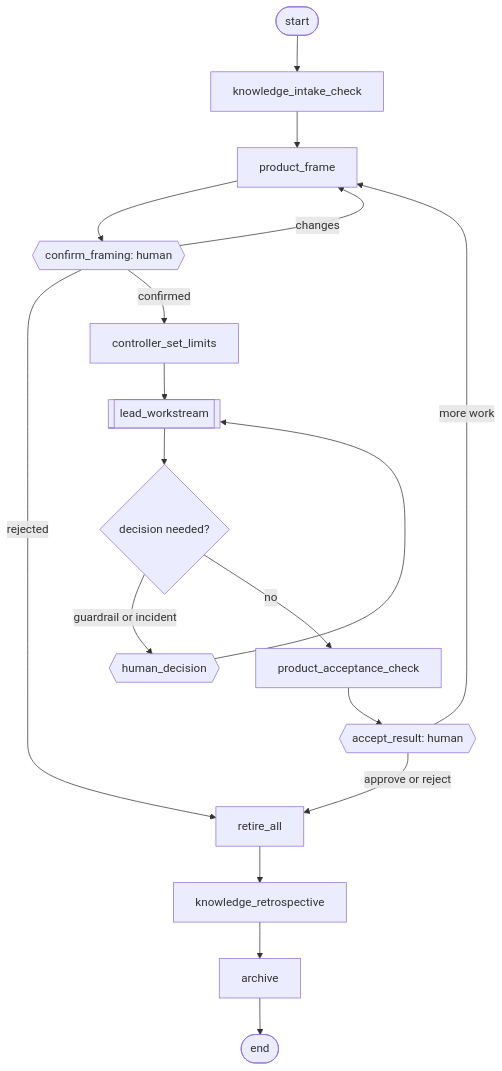
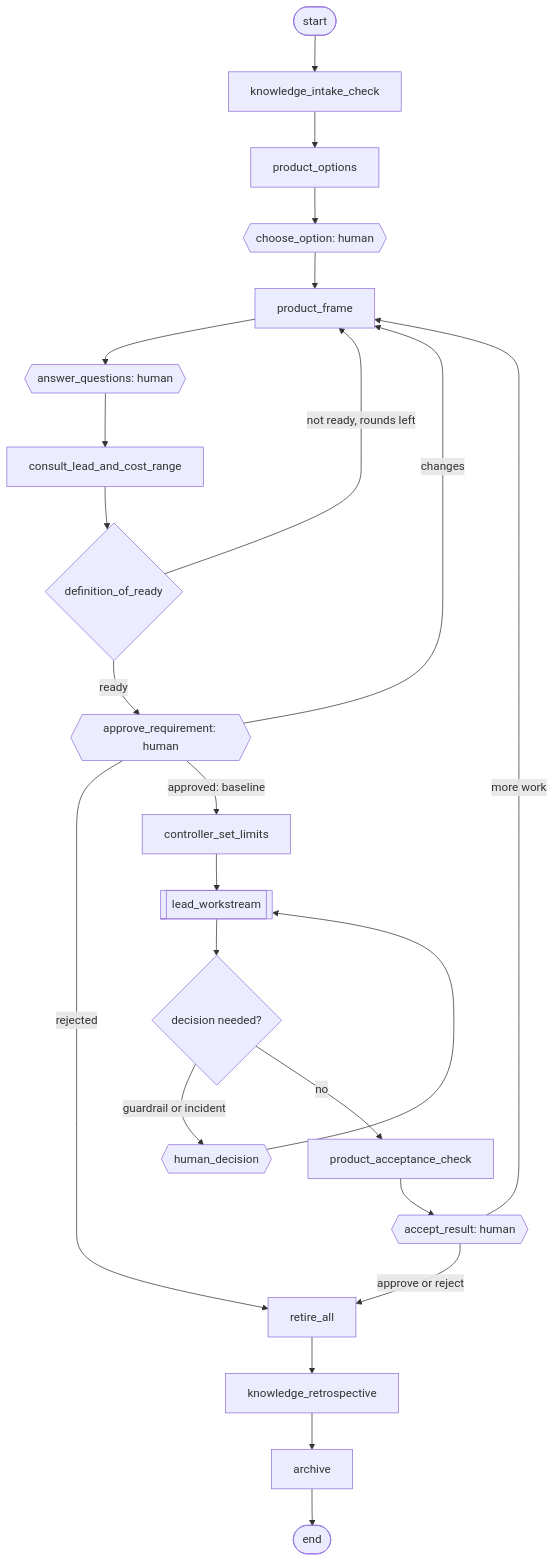
Before and after one commit to PradeepDhawanRedburn/dev-dynamic-agent-orchestration-framework: the first of 2 diagrams in docs/architecture/runtime-design.md, drawn with Mermaid. The commit also changed other lines of this file and 18 other files, not shown here.

First line of the commit message:
Add discovery stage and requirement baseline before delivery (ADR-0028)

````diff
--- a/docs/architecture/runtime-design.md
+++ b/docs/architecture/runtime-design.md
@@ -5,19 +5,25 @@
 ```mermaid
 flowchart TD
   START([start]) --> reuse[knowledge_intake_check]
-  reuse --> frame[product_frame]
-  frame --> clarify{{confirm_framing: human}}
+  reuse --> options[product_options]
+  options --> choose{{choose_option: human}}
+  choose --> frame[product_frame]
+  frame --> ask{{answer_questions: human}}
+  ask --> consult[consult_lead_and_cost_range]
+  consult --> ready{definition_of_ready}
+  ready -->|not ready, rounds left| frame
+  ready -->|ready| clarify{{approve_requirement: human}}
   clarify -->|changes| frame
   clarify -->|rejected| retire
-  clarify -->|confirmed| controls[controller_set_limits]
+  clarify -->|approved: baseline| controls[controller_set_limits]
   controls --> lead[[lead_workstream]]
   lead --> gate{decision needed?}
   gate -->|guardrail or incident| human{{human_decision}}
   human --> lead
   gate -->|no| accept_check[product_acceptance_check]
   accept_check --> decision{{accept_result: human}}
   decision -->|more work| frame
   decision -->|approve or reject| retire[retire_all]
   retire --> retro[knowledge_retrospective]
   retro --> archive[archive] --> END([end])
 ```
````
